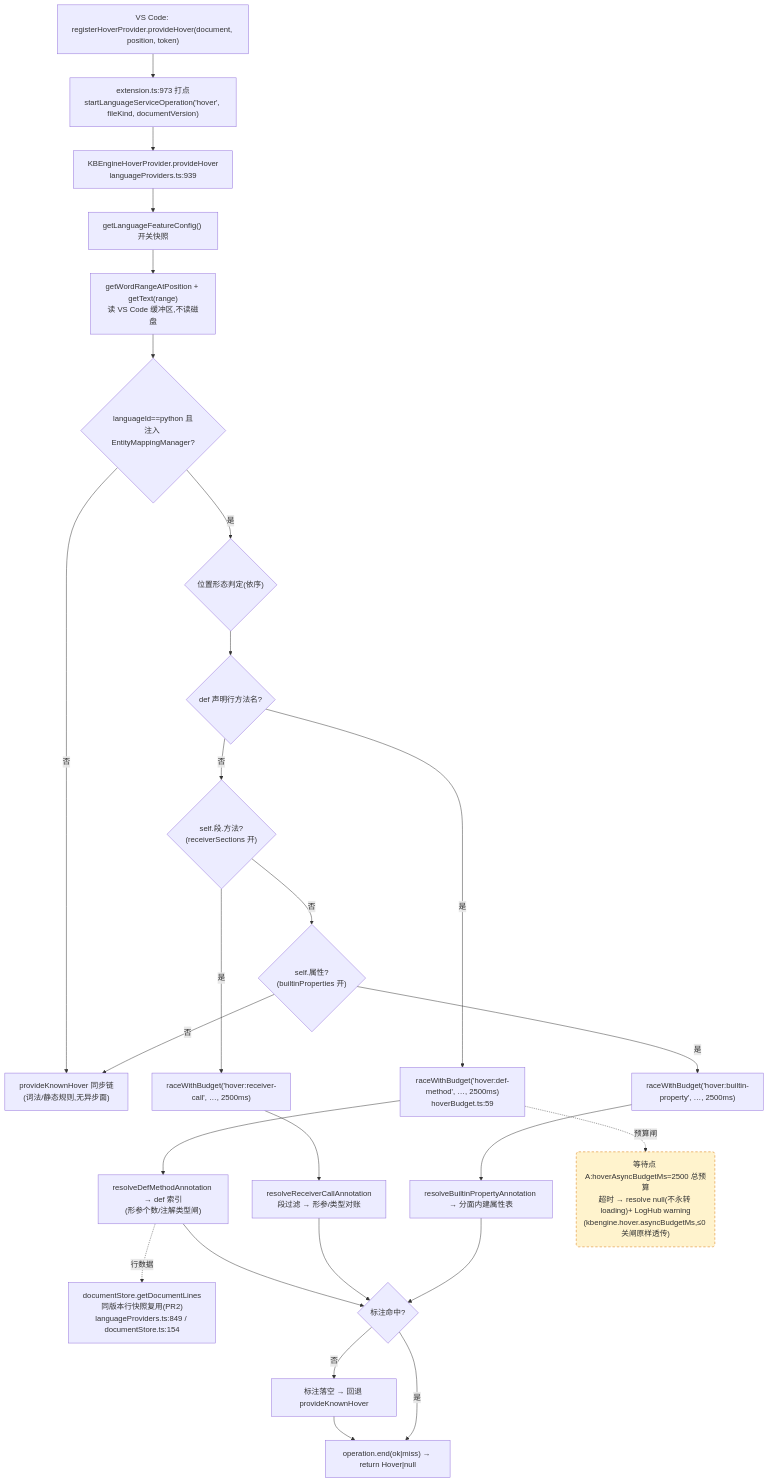
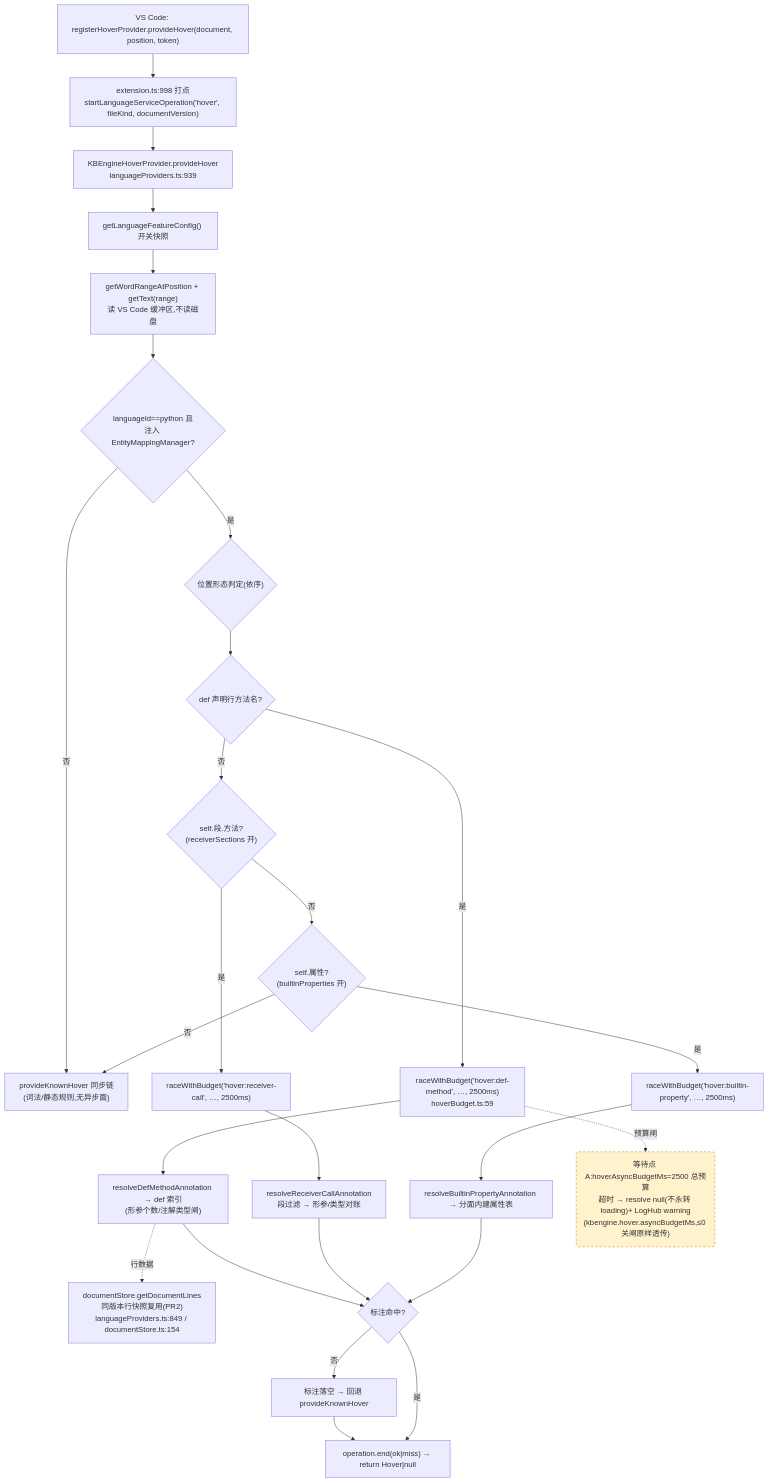
One commit to cuihairu/kode changed the first of 4 diagrams in docs/perf/2026-baseline.md. Above: the diagram before and after it, drawn with Mermaid. The commit also changed other lines of this file and 12 other files, not shown here.

````diff
--- a/docs/perf/2026-baseline.md
+++ b/docs/perf/2026-baseline.md
@@ -82,45 +82,45 @@
 ```mermaid
 flowchart TD
   VC1["VS Code: registerHoverProvider.provideHover(document, position, token)"]
-  M1["extension.ts:973 打点<br/>startLanguageServiceOperation('hover', fileKind, documentVersion)"]
+  M1["extension.ts:998 打点<br/>startLanguageServiceOperation('hover', fileKind, documentVersion)"]
   HP["KBEngineHoverProvider.provideHover<br/>languageProviders.ts:939"]
   CFG["getLanguageFeatureConfig() 开关快照"]
   WORD["getWordRangeAtPosition + getText(range)<br/>读 VS Code 缓冲区,不读磁盘"]
   BR{"languageId==python 且<br/>注入 EntityMappingManager?"}
   KN["provideKnownHover 同步链<br/>(词法/静态规则,无异步面)"]
   POS{"位置形态判定(依序)"}
   D1{"def 声明行方法名?"}
   D2{"self.段.方法?<br/>(receiverSections 开)"}
   D3{"self.属性?<br/>(builtinProperties 开)"}
   RA1["raceWithBudget('hover:def-method', …, 2500ms)<br/>hoverBudget.ts:59"]
   RA2["raceWithBudget('hover:receiver-call', …, 2500ms)"]
   RA3["raceWithBudget('hover:builtin-property', …, 2500ms)"]
   RS1["resolveDefMethodAnnotation → def 索引<br/>(形参个数/注解类型闸)"]
   RS2["resolveReceiverCallAnnotation<br/>段过滤 → 形参/类型对账"]
   RS3["resolveBuiltinPropertyAnnotation → 分面内建属性表"]
   LINES["documentStore.getDocumentLines<br/>同版本行快照复用(PR2)<br/>languageProviders.ts:849 / documentStore.ts:154"]
   MISS["标注落空 → 回退 provideKnownHover"]
   END1["operation.end(ok|miss) → return Hover|null"]
 
   VC1 --> M1 --> HP --> CFG --> WORD --> BR
   BR -- "否" --> KN
   BR -- "是" --> POS --> D1
   D1 -- "是" --> RA1 --> RS1
   D1 -- "否" --> D2
   D2 -- "是" --> RA2 --> RS2
   D2 -- "否" --> D3
   D3 -- "是" --> RA3 --> RS3
   D3 -- "否" --> KN
   RS1 --> HIT{"标注命中?"}
   RS2 --> HIT
   RS3 --> HIT
   RS1 -.->|行数据| LINES
   HIT -- "否" --> MISS --> END1
   HIT -- "是" --> END1
 
   WAITA("等待点 A:hoverAsyncBudgetMs=2500 总预算<br/>超时 → resolve null(不永转 loading)+ LogHub warning<br/>(kbengine.hover.asyncBudgetMs,≤0 关闸原样透传)")
   RA1 -.->|预算闸| WAITA
 
   classDef waitPoint fill:#fff3cd,stroke:#d97706,stroke-dasharray:5 4;
   class WAITA waitPoint;
 ```
````
